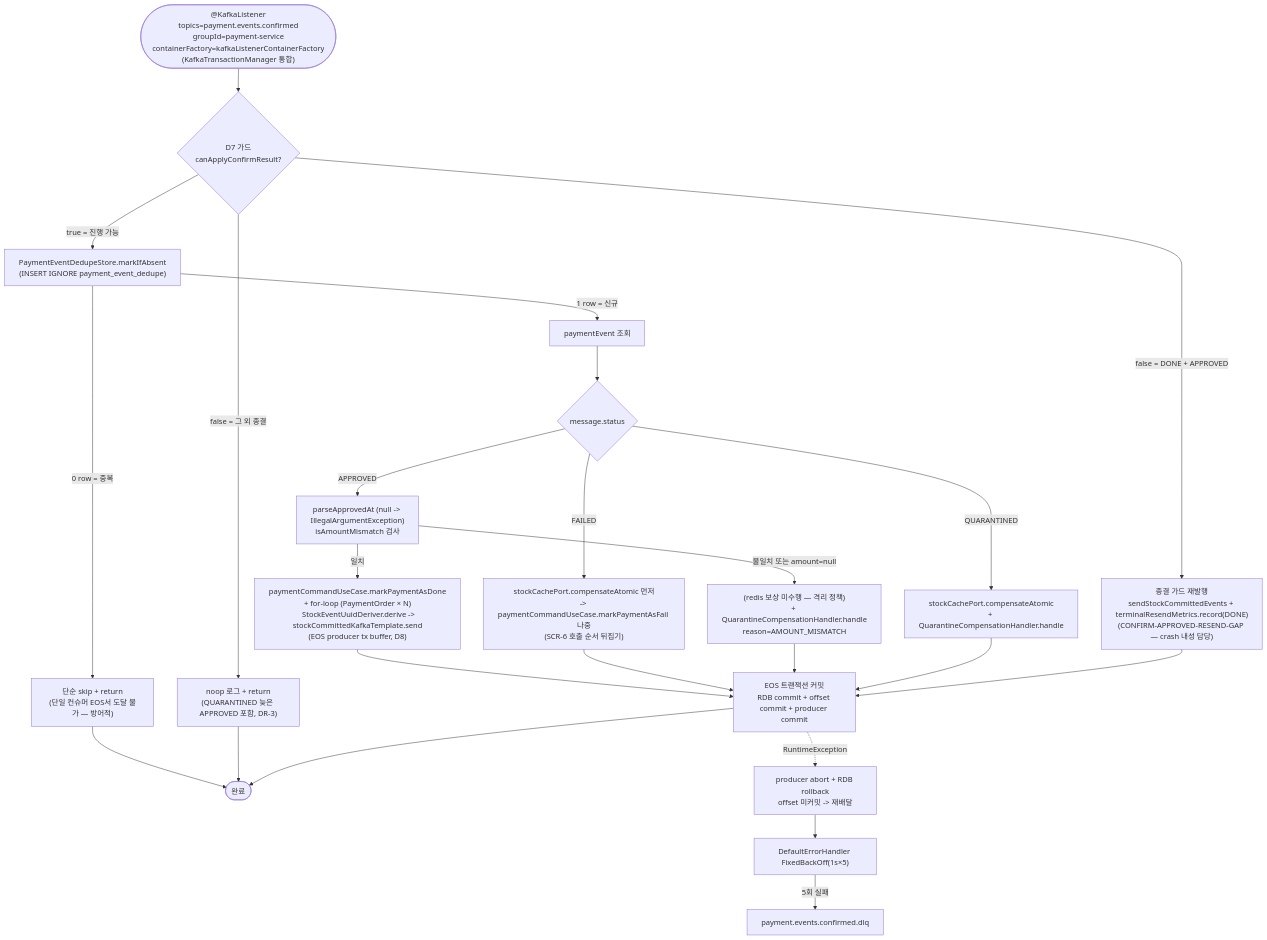
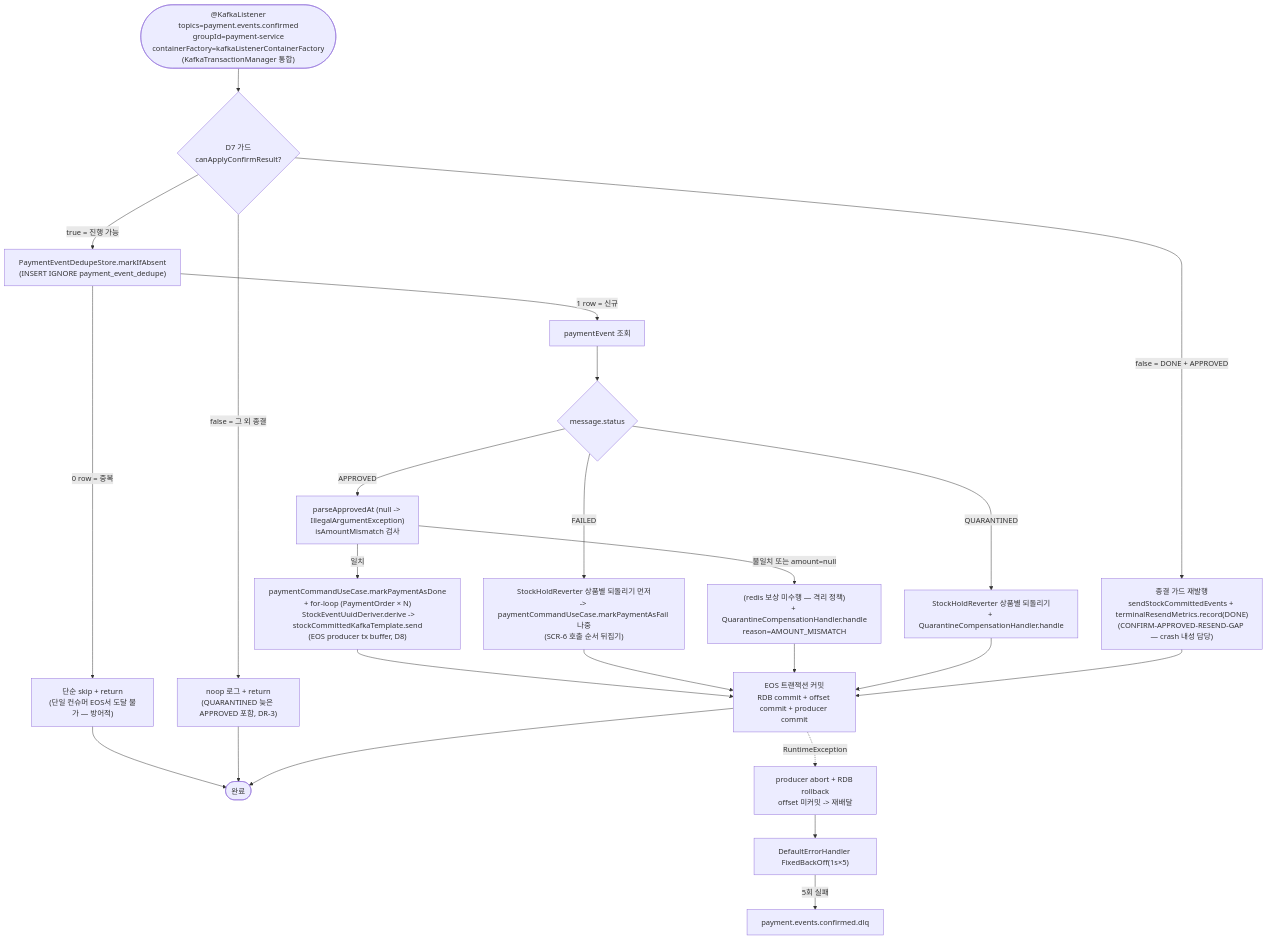
The fourth of 8 diagrams in docs/context/CONFIRM-FLOW.md (hyoguoo/payment-platform), drawn with Mermaid before and after one commit. The commit also changed other lines of this file and 14 other files, not shown here.

````diff
--- a/docs/context/CONFIRM-FLOW.md
+++ b/docs/context/CONFIRM-FLOW.md
@@ -124,33 +124,33 @@
 ```mermaid
 flowchart TD
     KC(["@KafkaListener<br/>topics=payment.events.confirmed<br/>groupId=payment-service<br/>containerFactory=kafkaListenerContainerFactory<br/>(KafkaTransactionManager 통합)"]) --> GUARD{"D7 가드<br/>canApplyConfirmResult?"}
 
     GUARD -->|false = DONE + APPROVED| RESEND_T["종결 가드 재발행<br/>sendStockCommittedEvents + terminalResendMetrics.record(DONE)<br/>(CONFIRM-APPROVED-RESEND-GAP — crash 내성 담당)"]
     GUARD -->|false = 그 외 종결| NOOP["noop 로그 + return<br/>(QUARANTINED 늦은 APPROVED 포함, DR-3)"]
     GUARD -->|true = 진행 가능| DEDUPE["PaymentEventDedupeStore.markIfAbsent<br/>(INSERT IGNORE payment_event_dedupe)"]
 
     DEDUPE -->|0 row = 중복| RESEND["단순 skip + return<br/>(단일 컨슈머 EOS서 도달 불가 — 방어적)"]
     DEDUPE -->|1 row = 신규| LOAD[paymentEvent 조회]
     LOAD --> SW{message.status}
 
     SW -->|APPROVED| AMT["parseApprovedAt (null -> IllegalArgumentException)<br/>isAmountMismatch 검사"]
     AMT -->|불일치 또는 amount=null| QU_AM["(redis 보상 미수행 — 격리 정책)<br/>+ QuarantineCompensationHandler.handle<br/>reason=AMOUNT_MISMATCH"]
     AMT -->|일치| DONE_OK["paymentCommandUseCase.markPaymentAsDone<br/>+ for-loop (PaymentOrder × N)<br/>  StockEventUuidDeriver.derive -> stockCommittedKafkaTemplate.send<br/>(EOS producer tx buffer, D8)"]
 
-    SW -->|FAILED| FAIL_OK["stockCachePort.compensateAtomic 먼저<br/>-> paymentCommandUseCase.markPaymentAsFail 나중<br/>(SCR-6 호출 순서 뒤집기)"]
+    SW -->|FAILED| FAIL_OK["StockHoldReverter 상품별 되돌리기 먼저<br/>-> paymentCommandUseCase.markPaymentAsFail 나중<br/>(SCR-6 호출 순서 뒤집기)"]
 
-    SW -->|QUARANTINED| QU_PG["stockCachePort.compensateAtomic<br/>+ QuarantineCompensationHandler.handle"]
+    SW -->|QUARANTINED| QU_PG["StockHoldReverter 상품별 되돌리기<br/>+ QuarantineCompensationHandler.handle"]
 
     DONE_OK --> COMMIT["EOS 트랜잭션 커밋<br/>RDB commit + offset commit + producer commit"]
     FAIL_OK --> COMMIT
     QU_AM --> COMMIT
     QU_PG --> COMMIT
     RESEND_T --> COMMIT
     RESEND --> END([완료])
     NOOP --> END
     COMMIT --> END
 
     COMMIT -.->|RuntimeException| ABORT["producer abort + RDB rollback<br/>offset 미커밋 -> 재배달"]
     ABORT --> RETRY["DefaultErrorHandler FixedBackOff(1s×5)"]
     RETRY -->|5회 실패| DLQ["payment.events.confirmed.dlq"]
 ```
````
